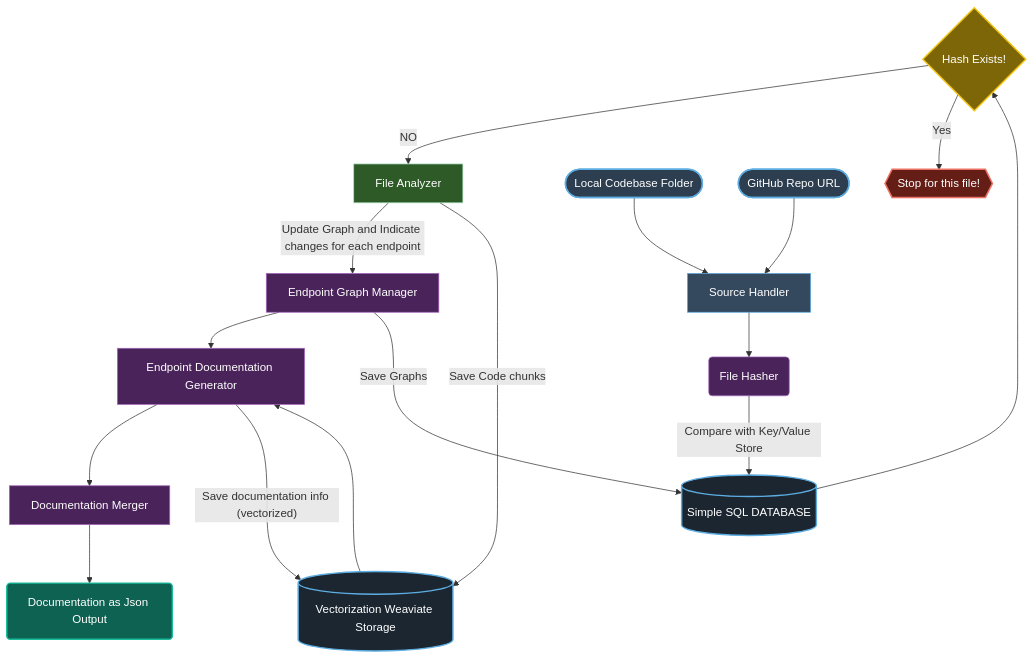
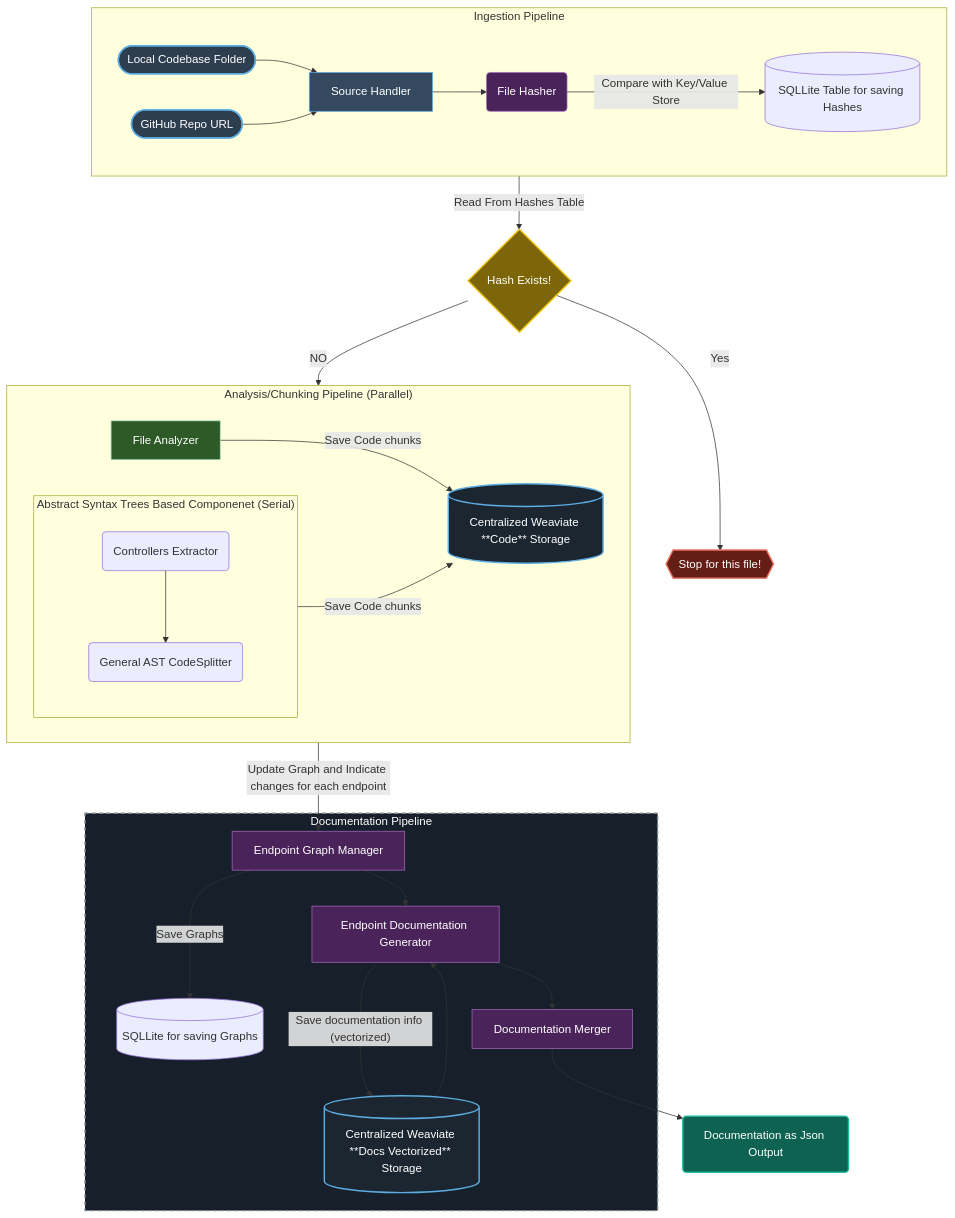
The diagram in README.md (DocGen-io/DocGen-RAG), drawn with Mermaid before and after one commit.

Commit message:
Update Pipelines workflow.
The outdated workflow chart (pipelines) has been edited to the current one.

````diff
--- a/README.md
+++ b/README.md
@@ -105,35 +105,60 @@
     
     %% Stop
     SFF{{"Stop for this file!"}}
+    
+    %% Notes
 
-    %% Input Sources
-    Input1(["Local Codebase Folder"])
-    Input2(["GitHub Repo URL"])
 
-    SH["Source Handler"]
+
+  %% Input Sources
+    subgraph IngestionPipeline ["Ingestion Pipeline"]
+        Input1(["Local Codebase Folder"])
+        Input2(["GitHub Repo URL"])
+        SH["Source Handler"]
+        FH("File Hasher")
+        SQLH[("SQLLite Table for saving Hashes")]
+
+    end
+
+    %% Abstract Syntax Tree Components
+    subgraph ASTComponents ["Abstract Syntax Trees Based Componenet (Serial)"]
+        CE("Controllers Extractor")
+        CS("General AST CodeSplitter")
+    end
+
+    subgraph AnalysisPipeline ["Analysis/Chunking Pipeline (Parallel)"]
+        ASTComponents
+        FA["File Analyzer"]
+        DS[("Centralized Weaviate **Code** Storage")]
+
+        
+    end
     
-    %% Processing
-    FH("File Hasher")
-    SQLL[("Simple SQL DATABASE")]
-    DS[("Vectorization Weaviate Storage")]
-    EGM["Endpoint Graph Manager"]
-    FA["File Analyzer"]
-    EGR["Endpoint Documentation Generator"]
-    DM["Documentation Merger"]
+    %% --- HERE IS THE NEW SUBGRAPH ---
+    subgraph DocPipeline ["Documentation Pipeline"]
+        EGM["Endpoint Graph Manager"]
+        SQLG[("SQLLite for saving Graphs")]
+
+        EGR["Endpoint Documentation Generator"]
+        DM["Documentation Merger"]
+        DSV[("Centralized Weaviate **Docs Vectorized** Storage")]
+
+    end
+    %% --------------------------------
 
     Output("Documentation as Json Output")
 
     %% ==========================================
     %% 1. PRIMARY DOWNWARD FLOW 
-    %% (Defining this first forces a clean vertical hierarchy)
     %% ==========================================
     Input1 --> SH
     Input2 --> SH
     SH --> FH
-    FH -- Compare with Key/Value Store --> SQLL
-    SQLL --> HE
-    HE -- NO --> FA
-    FA -- Update Graph and Indicate changes for each endpoint --> EGM
+    CE --> CS
+    FH -- Compare with Key/Value Store --> SQLH
+    IngestionPipeline -- Read From Hashes Table --> HE
+    HE -- NO --> AnalysisPipeline
+    AnalysisPipeline -- Update Graph and Indicate changes for each endpoint --> EGM
     EGM --> EGR
     EGR --> DM
     DM --> Output
@@ -143,42 +168,34 @@
     %% ==========================================
     HE -- Yes --> SFF
     FA -- Save Code chunks --> DS
-    DS --> EGR
+    ASTComponents -- Save Code chunks --> DS
+
+
+
+    DSV --> EGR
 
     %% ==========================================
     %% 3. LOOPBACKS (Extended Links)
-    %% (Using ---> prevents the layout from tangling)
     %% ==========================================
-    EGR -- Save documentation info (vectorized) ---> DS
-    EGM -- Save Graphs ---> SQLL
-
+    EGR -- Save documentation info (vectorized) ---> DSV
+    EGM -- Save Graphs ---> SQLG
+    
     %% ==========================================
     %% STYLES
     %% ==========================================
-    %% Inputs: Deep Navy/Slate
     style Input1 fill:#2c3e50,stroke:#5dade2,stroke-width:2px,color:#fff
     style Input2 fill:#2c3e50,stroke:#5dade2,stroke-width:2px,color:#fff
     style SH     fill:#34495e,stroke:#5dade2,stroke-width:1px,color:#fff
-
-    %% Logic/Analyzers: Sage/Forest
     style FA     fill:#2d5a27,stroke:#a9dfbf,stroke-width:1px,color:#fff
-
-    %% Decisions: Muted Amber/Gold
     style HE     fill:#7d6608,stroke:#f1c40f,stroke-width:2px,color:#fff
-
-    %% Processing/Management: Deep Purple/Indigo
     style FH     fill:#4a235a,stroke:#a569bd,stroke-width:1px,color:#fff
     style EGM    fill:#4a235a,stroke:#a569bd,stroke-width:1px,color:#fff
     style EGR    fill:#4a235a,stroke:#a569bd,stroke-width:1px,color:#fff
     style DM     fill:#4a235a,stroke:#a569bd,stroke-width:1px,color:#fff
-
-    %% Storage: Dark Navy
-    style SQLL   fill:#1b2631,stroke:#5dade2,stroke-width:2px,color:#fff
+    style DSV     fill:#1b2631,stroke:#5dade2,stroke-width:2px,color:#fff
     style DS     fill:#1b2631,stroke:#5dade2,stroke-width:2px,color:#fff
-
-    %% Errors & Stops: Muted Crimson
     style SFF    fill:#641e16,stroke:#ec7063,stroke-width:2px,color:#fff
-
-    %% Outputs: Deep Teal
     style Output fill:#0e6251,stroke:#1abc9c,stroke-width:2px,color:#fff
+    %% Style for the Subgraph itself
+    style DocPipeline fill:#17202a,stroke:#7f8c8d,stroke-width:2px,stroke-dasharray: 5 5,color:#fff
 ```
````
